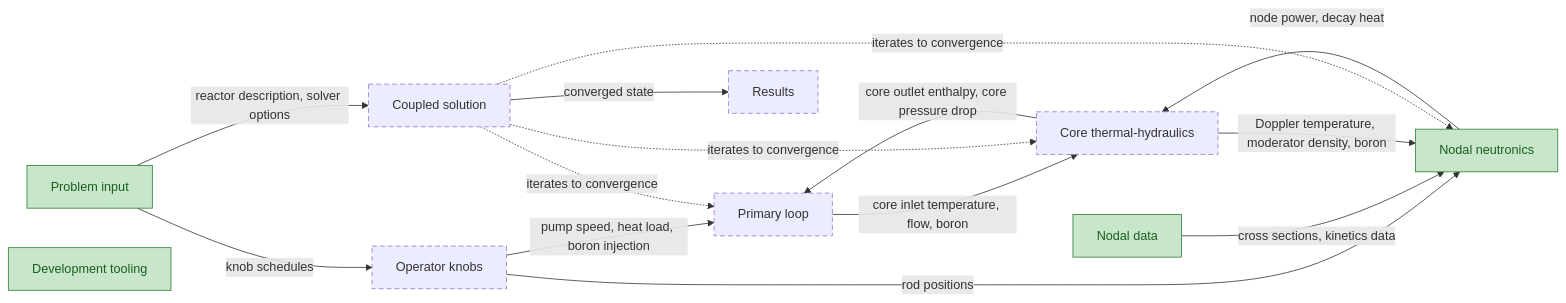
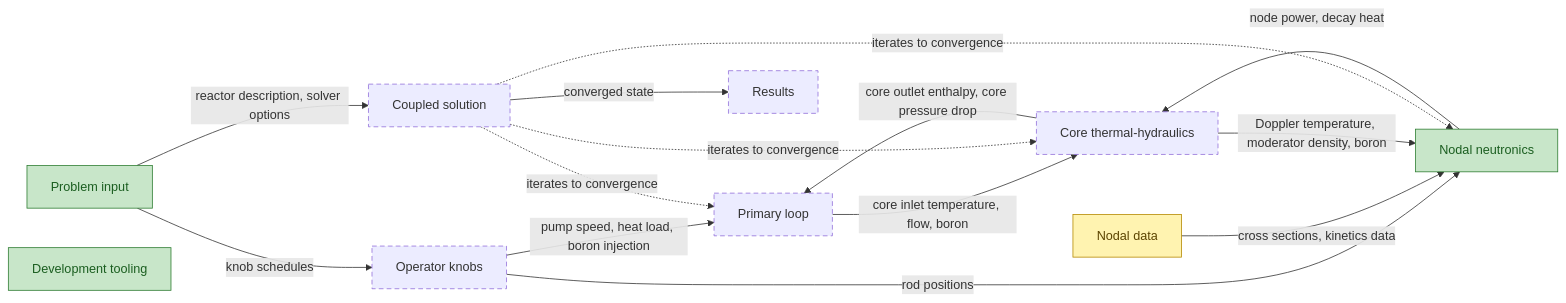
The first of 15 diagrams in Planning/DBC/CONCEPTS.md (aurja130/URUS), drawn with Mermaid before and after one commit. The commit also changed other lines of this file and 4 other files, not shown here.

````diff
--- a/Planning/DBC/CONCEPTS.md
+++ b/Planning/DBC/CONCEPTS.md
@@ -20,23 +20,24 @@
 ```mermaid
 flowchart LR
 classDef implemented fill:#c8e6c9,stroke:#2e7d32,color:#1b5e20
 classDef partial fill:#fff3b0,stroke:#b58900,color:#5c4400
 classDef planned stroke-dasharray:6 4
 classDef external fill:#eeeeee,stroke:#9e9e9e,stroke-dasharray:1 3,color:#616161
 ProblemInput["Problem input"] -->|knob schedules| Knobs["Operator knobs"]
 ProblemInput -->|reactor description, solver options| Coupling["Coupled solution"]
 Knobs -->|pump speed, heat load, boron injection| PrimaryLoop["Primary loop"]
 Knobs -->|rod positions| Neutronics["Nodal neutronics"]
 NodalLibrary["Nodal data"] -->|cross sections, kinetics data| Neutronics
 PrimaryLoop -->|core inlet temperature, flow, boron| CoreThermalHydraulics["Core thermal-hydraulics"]
 CoreThermalHydraulics -->|core outlet enthalpy, core pressure drop| PrimaryLoop
 Neutronics -->|node power, decay heat| CoreThermalHydraulics
 CoreThermalHydraulics -->|Doppler temperature, moderator density, boron| Neutronics
 Coupling -.->|iterates to convergence| Neutronics
 Coupling -.->|iterates to convergence| CoreThermalHydraulics
 Coupling -.->|iterates to convergence| PrimaryLoop
 Coupling -->|converged state| Results["Results"]
 Tooling["Development tooling"]
 class Knobs,CoreThermalHydraulics,PrimaryLoop,Coupling,Results planned
-class Neutronics,NodalLibrary,ProblemInput,Tooling implemented
+class Neutronics,ProblemInput,Tooling implemented
+class NodalLibrary partial
 ```
````
